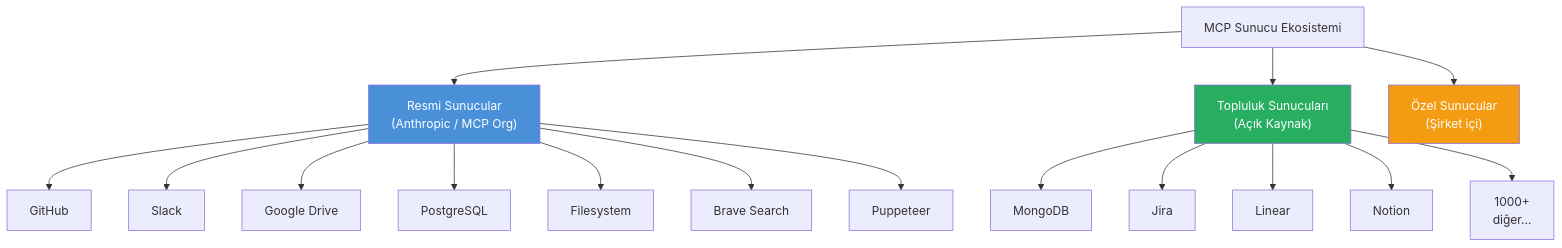
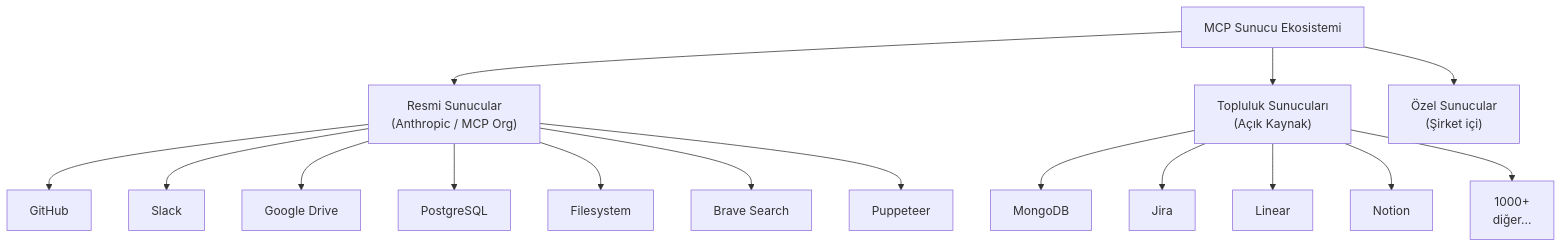
Before and after one commit to IzzetYasinAtes/ClaudeCodeHandbook: the first of 2 diagrams in 11-mcp/03-hazir-mcp-sunuculari.md, drawn with Mermaid. The commit also changed other lines of this file and 97 other files, not shown here.

Commit message:
Remove all custom Mermaid style/fill colors from 98 markdown files for consistent dark theme rendering

````diff
--- a/11-mcp/03-hazir-mcp-sunuculari.md
+++ b/11-mcp/03-hazir-mcp-sunuculari.md
@@ -17,26 +17,23 @@
 ```mermaid
 flowchart TD
     MCP_ECO["MCP Sunucu Ekosistemi"]
 
     MCP_ECO --> OFFICIAL["Resmi Sunucular<br/>(Anthropic / MCP Org)"]
     MCP_ECO --> COMMUNITY["Topluluk Sunucuları<br/>(Açık Kaynak)"]
     MCP_ECO --> CUSTOM["Özel Sunucular<br/>(Şirket içi)"]
 
     OFFICIAL --> O1["GitHub"]
     OFFICIAL --> O2["Slack"]
     OFFICIAL --> O3["Google Drive"]
     OFFICIAL --> O4["PostgreSQL"]
     OFFICIAL --> O5["Filesystem"]
     OFFICIAL --> O6["Brave Search"]
     OFFICIAL --> O7["Puppeteer"]
 
     COMMUNITY --> C1["MongoDB"]
     COMMUNITY --> C2["Jira"]
     COMMUNITY --> C3["Linear"]
     COMMUNITY --> C4["Notion"]
     COMMUNITY --> C5["1000+<br/>diğer..."]
 
-    style OFFICIAL fill:#4A90D9,color:#fff
-    style COMMUNITY fill:#27AE60,color:#fff
-    style CUSTOM fill:#F39C12,color:#fff
 ```
````
